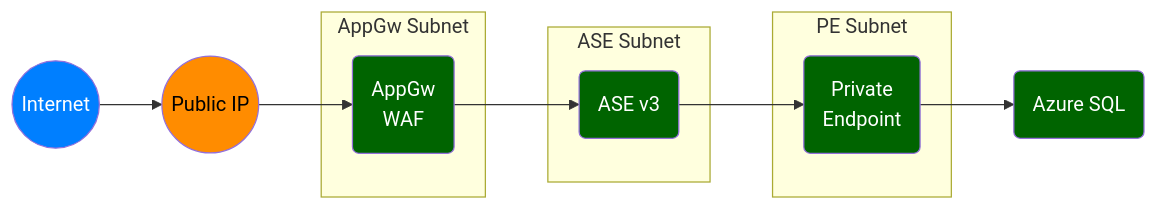
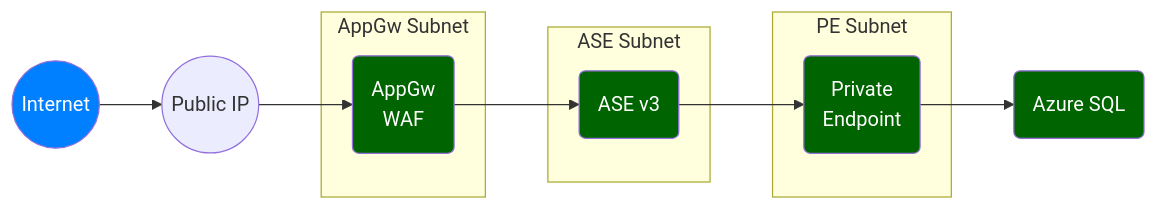
Before and after one commit to msalemor/app-services-networking: the sixth of 7 diagrams in README.md, drawn with Mermaid. The commit also changed other lines of this file, not shown here.

````diff
--- a/README.md
+++ b/README.md
@@ -236,24 +235,23 @@
 ```mermaid
 graph LR;
   A((Internet))-->B((Public IP));
   B-->a1;
   subgraph "AppGw Subnet"
     a1(AppGw<br/>WAF);
   end;
   a1-->a2;
   subgraph "ASE Subnet"
     a2(ASE v3);
   end;
   a2-->a3;
   subgraph "PE Subnet"
     a3(Private<br/>Endpoint);
   end;
   a3-->F(Azure SQL);
   classDef internet fill:#007FFF,color:white;
   classDef unsafe fill:#ff3333,color:white;
   classDef semisafe fill:darkorange,color:black;
   classDef safe fill:darkgreen,color:white;
   class A internet;
-  class B semisafe;
   class a1,a2,a3,F safe;    
 ```
````
